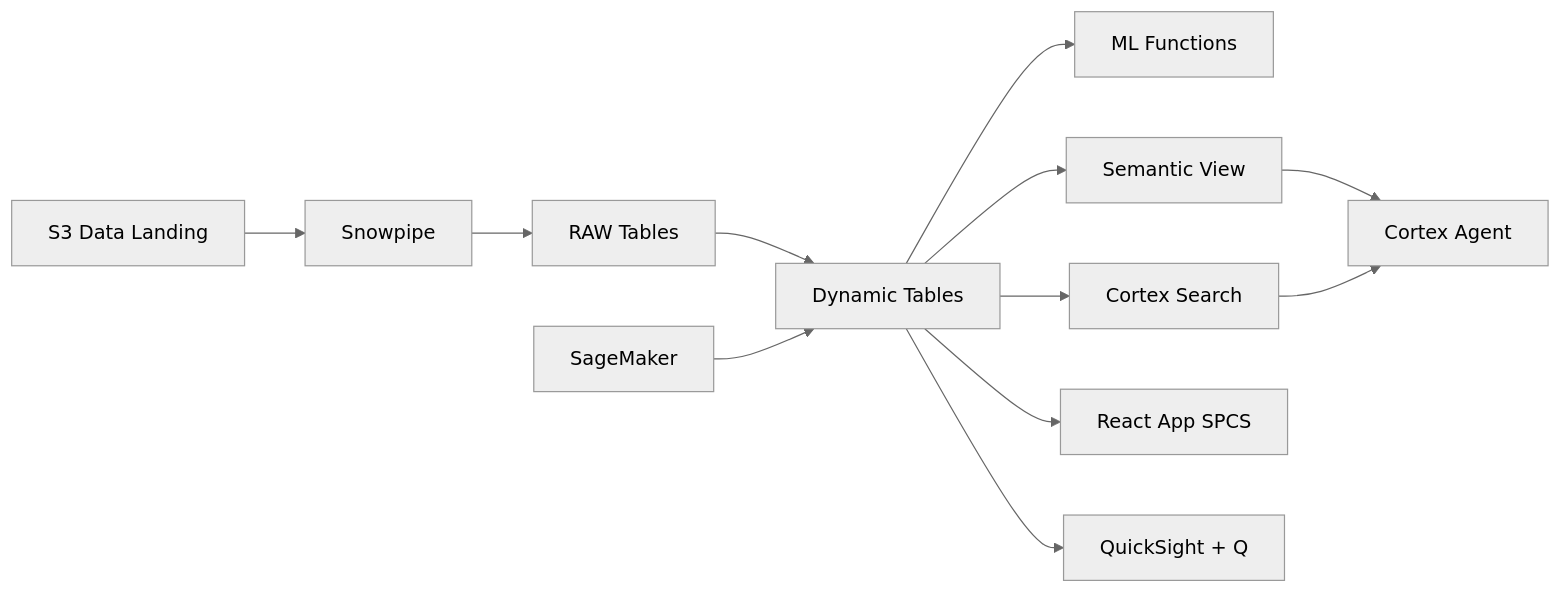
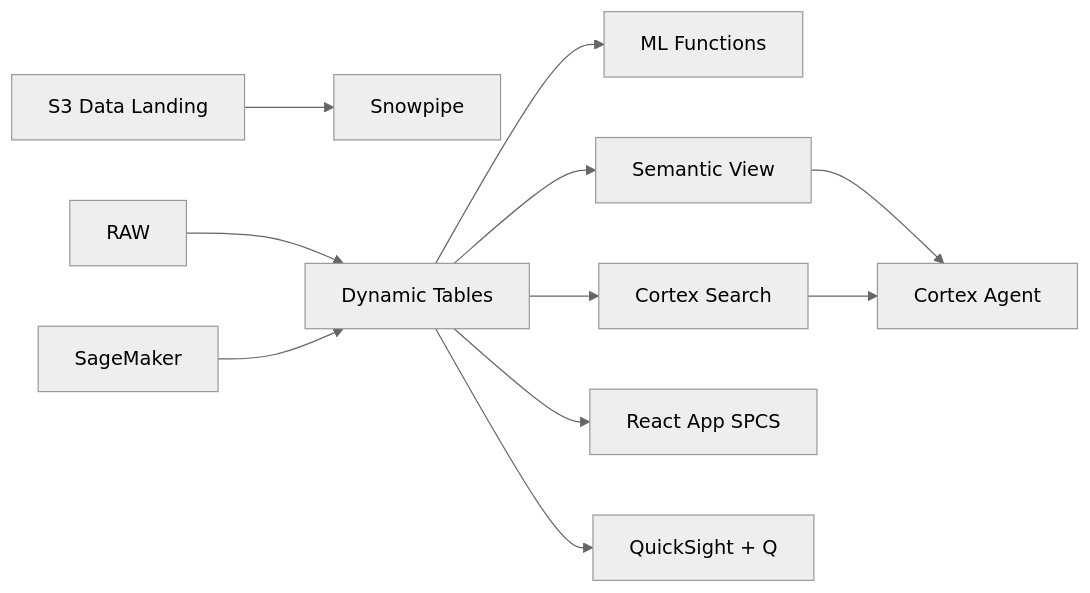
One commit to sfc-gh-jasvestis/aws-malaysia-oil-gas-exploration changed the diagram in README.md. Above: the diagram before and after it, drawn with Mermaid (neutral theme). The commit also changed 7 other files, not shown here.

Commit message:
Fix: add all source files, .gitignore, fix Mermaid diagram

````diff
--- a/README.md
+++ b/README.md
@@ -9,14 +9,13 @@
 ```mermaid
 flowchart LR
     S3[S3 Data Landing] --> SP[Snowpipe]
-    SP --> RAW[RAW Tables]
     RAW --> DT[Dynamic Tables]
     DT --> ML[ML Functions]
     DT --> SEARCH[Cortex Search]
     DT --> SV[Semantic View]
     SV --> AGENT[Cortex Agent]
     SEARCH --> AGENT
     DT --> APP[React App SPCS]
     SM[SageMaker] --> DT
     DT --> QS[QuickSight + Q]
 ```
````
